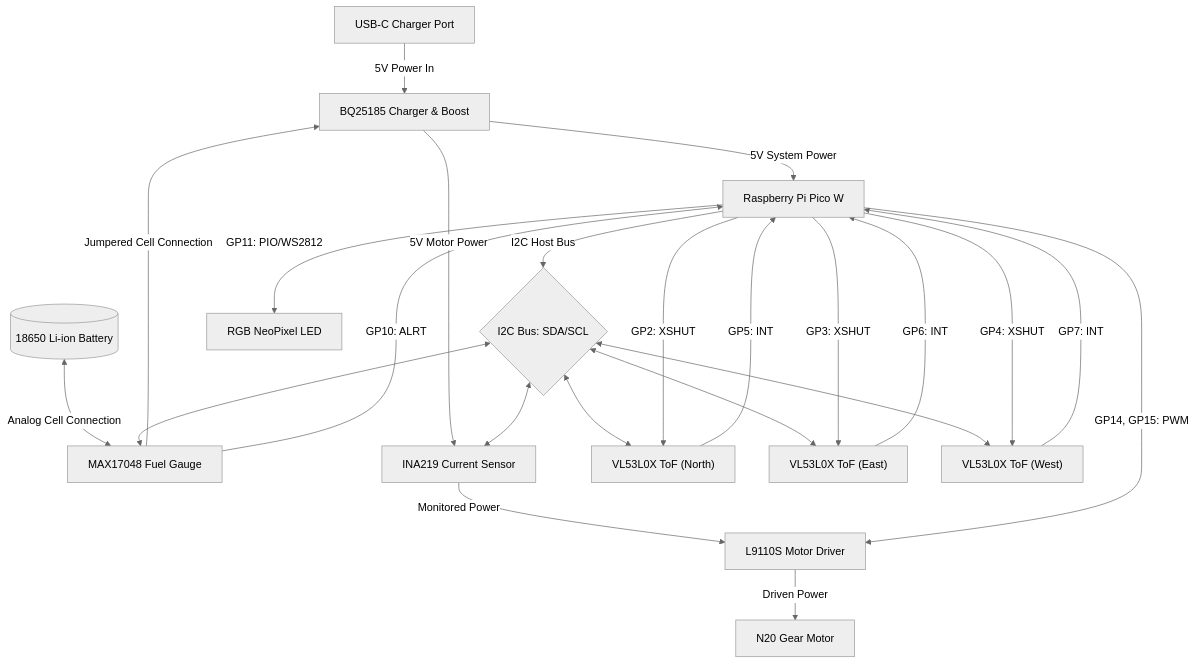
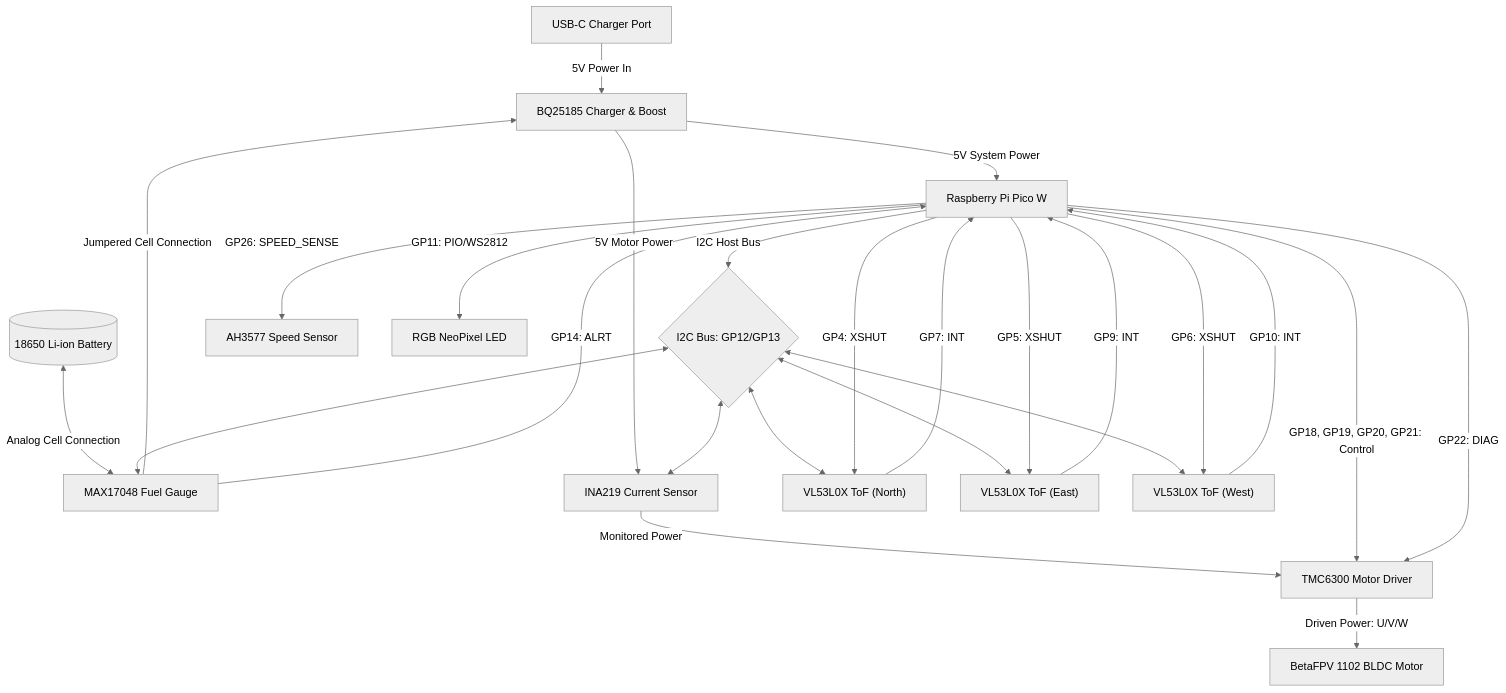
The diagram in src/projects/cat_fountain.md (picklethecat1488-hue/hardware), drawn with Mermaid (neutral theme) before and after one commit. The commit also changed other lines of this file, not shown here.

First line of the commit message:
Update docs on Fasteners &   O-Rings, Manufacturing & Post-Processing Details, and Power Consumption Breakdown

````diff
--- a/src/projects/cat_fountain.md
+++ b/src/projects/cat_fountain.md
@@ -35,34 +35,36 @@
 ```mermaid
 graph TD
     %% Power Subsystem
     USBC["USB-C Charger Port"] -->|5V Power In| BQ["BQ25185 Charger & Boost"]
     BAT[("18650 Li-ion Battery")] <-->|Analog Cell Connection| MAX["MAX17048 Fuel Gauge"]
     MAX -->|Jumpered Cell Connection| BQ
     
     %% Power Distribution
     BQ -->|5V System Power| PICO["Raspberry Pi Pico W"]
     BQ -->|5V Motor Power| INA["INA219 Current Sensor"]
-    INA -->|Monitored Power| DRV["L9110S Motor Driver"]
+    INA -->|Monitored Power| DRV["TMC6300 Motor Driver"]
     
     %% I2C Bus Connections
-    PICO -->|I2C Host Bus| I2CBus{I2C Bus: SDA/SCL}
+    PICO -->|I2C Host Bus| I2CBus{I2C Bus: GP12/GP13}
     I2CBus <--> MAX
     I2CBus <--> INA
     I2CBus <--> TOF1["VL53L0X ToF (North)"]
     I2CBus <--> TOF2["VL53L0X ToF (East)"]
     I2CBus <--> TOF3["VL53L0X ToF (West)"]
     
     %% Control Lines
-    PICO -->|GP2: XSHUT| TOF1
-    PICO -->|GP3: XSHUT| TOF2
-    PICO -->|GP4: XSHUT| TOF3
-    TOF1 -->|GP5: INT| PICO
-    TOF2 -->|GP6: INT| PICO
-    TOF3 -->|GP7: INT| PICO
-    MAX -->|GP10: ALRT| PICO
-    PICO -->|GP14, GP15: PWM| DRV
+    PICO -->|GP4: XSHUT| TOF1
+    PICO -->|GP5: XSHUT| TOF2
+    PICO -->|GP6: XSHUT| TOF3
+    TOF1 -->|GP7: INT| PICO
+    TOF2 -->|GP9: INT| PICO
+    TOF3 -->|GP10: INT| PICO
+    MAX -->|GP14: ALRT| PICO
+    PICO -->|GP18, GP19, GP20, GP21: Control| DRV
+    PICO -->|GP22: DIAG| DRV
+    PICO -->|GP26: SPEED_SENSE| SENS["AH3577 Speed Sensor"]
     PICO -->|GP11: PIO/WS2812| LED["RGB NeoPixel LED"]
     
     %% Output Connections
-    DRV -->|Driven Power| MOTOR["N20 Gear Motor"]
+    DRV -->|Driven Power: U/V/W| MOTOR["BetaFPV 1102 BLDC Motor"]
 ```
````
